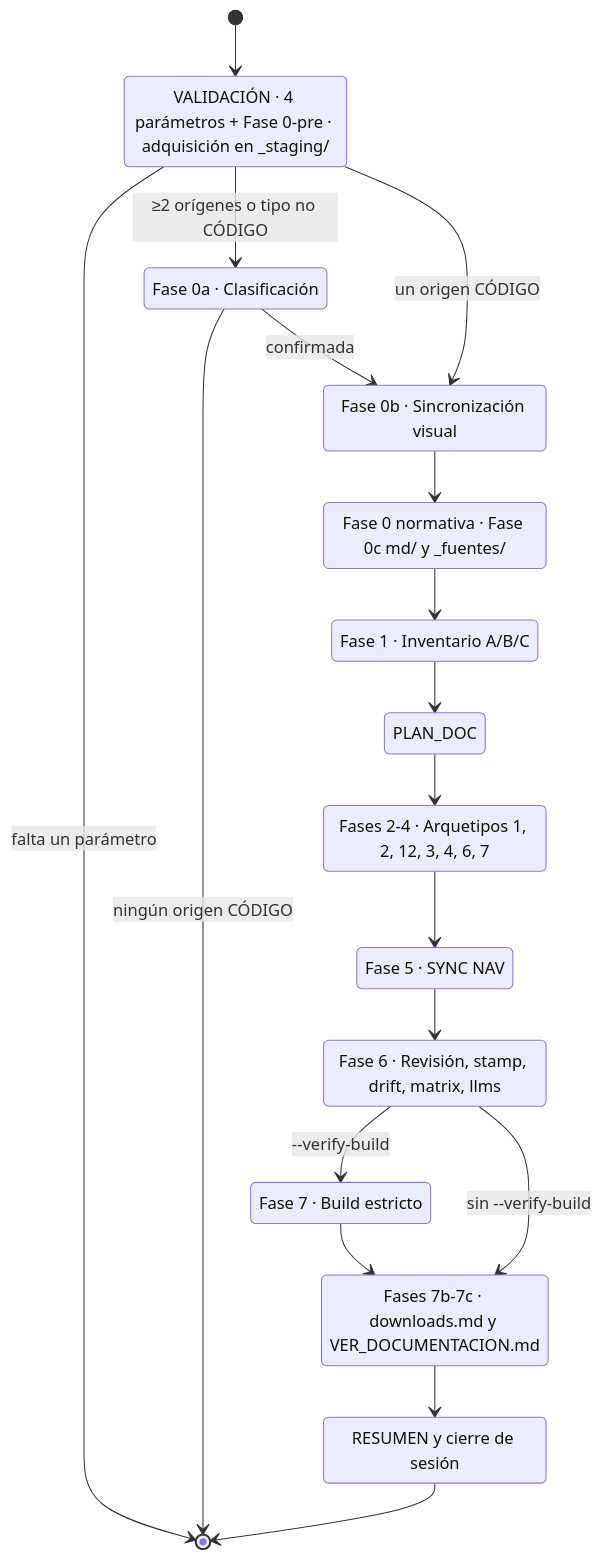
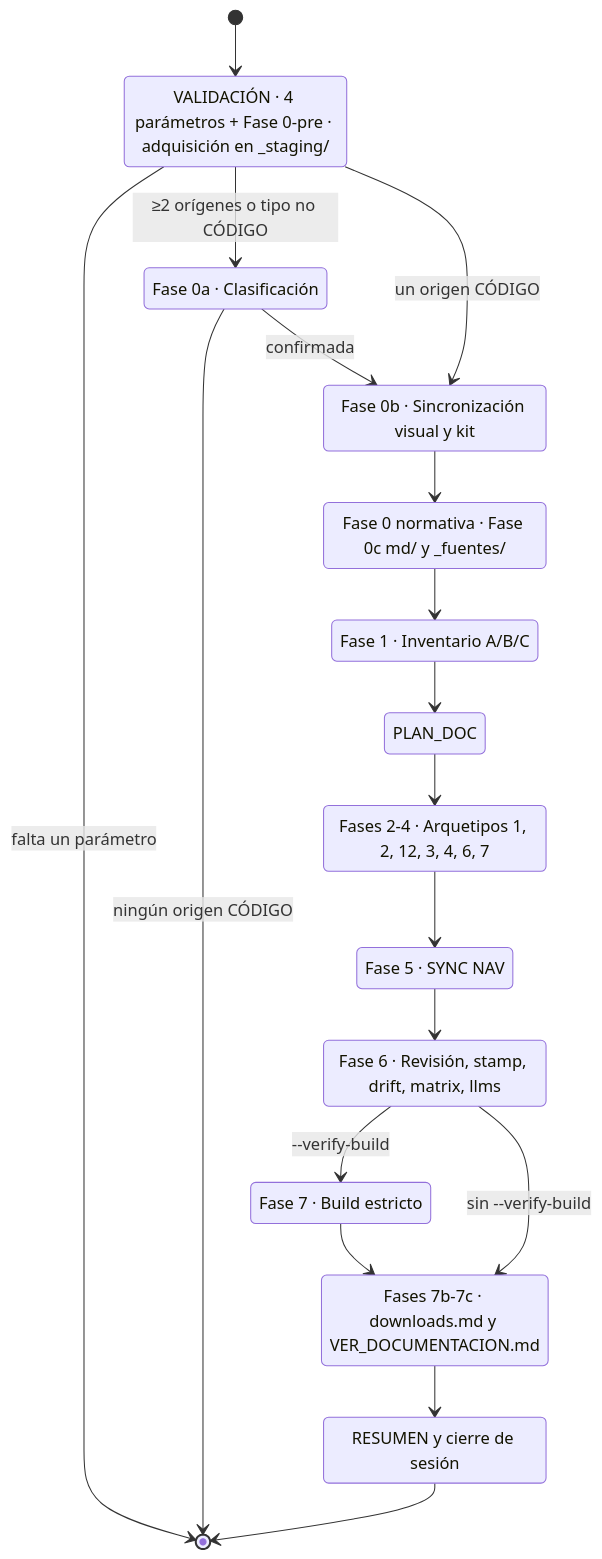
One commit to fmanza/doc_ia changed the diagram in docs/api/document_project.md. Above: the diagram before and after it, drawn with Mermaid. The commit also changed other lines of this file and 35 other files, not shown here.

````diff
--- a/docs/api/document_project.md
+++ b/docs/api/document_project.md
@@ -17,34 +20,34 @@
 ```mermaid
 stateDiagram-v2
     accTitle: Fases internas de document_project
     accDescr: Máquina de fases del flujo, desde la validación de los cuatro parámetros hasta el cierre de sesión, con las dos salidas anticipadas (parámetro faltante o ningún origen de código) y el build estricto opcional.
     state "VALIDACIÓN · 4 parámetros + Fase 0-pre · adquisición en _staging/" as VALIDACION
     state "Fase 0a · Clasificación" as CLASIFICACION
-    state "Fase 0b · Sincronización visual" as SYNC_VISUAL
+    state "Fase 0b · Sincronización visual y kit" as SYNC_VISUAL
     state "Fase 0 normativa · Fase 0c md/ y _fuentes/" as PREPARACION
     state "Fase 1 · Inventario A/B/C" as INVENTARIO
     state "PLAN_DOC" as PLAN_DOC
     state "Fases 2-4 · Arquetipos 1, 2, 12, 3, 4, 6, 7" as GENERACION
     state "Fase 5 · SYNC NAV" as SYNC_NAV
     state "Fase 6 · Revisión, stamp, drift, matrix, llms" as REVISION
     state "Fase 7 · Build estricto" as BUILD
     state "Fases 7b-7c · downloads.md y VER_DOCUMENTACION.md" as DESCARGAS
     state "RESUMEN y cierre de sesión" as CIERRE
     [*] --> VALIDACION
     VALIDACION --> [*] : falta un parámetro
     VALIDACION --> CLASIFICACION : ≥2 orígenes o tipo no CÓDIGO
     VALIDACION --> SYNC_VISUAL : un origen CÓDIGO
     CLASIFICACION --> [*] : ningún origen CÓDIGO
     CLASIFICACION --> SYNC_VISUAL : confirmada
     SYNC_VISUAL --> PREPARACION
     PREPARACION --> INVENTARIO
     INVENTARIO --> PLAN_DOC
     PLAN_DOC --> GENERACION
     GENERACION --> SYNC_NAV
     SYNC_NAV --> REVISION
     REVISION --> BUILD : --verify-build
     REVISION --> DESCARGAS : sin --verify-build
     BUILD --> DESCARGAS
     DESCARGAS --> CIERRE
     CIERRE --> [*]
 ```
````
